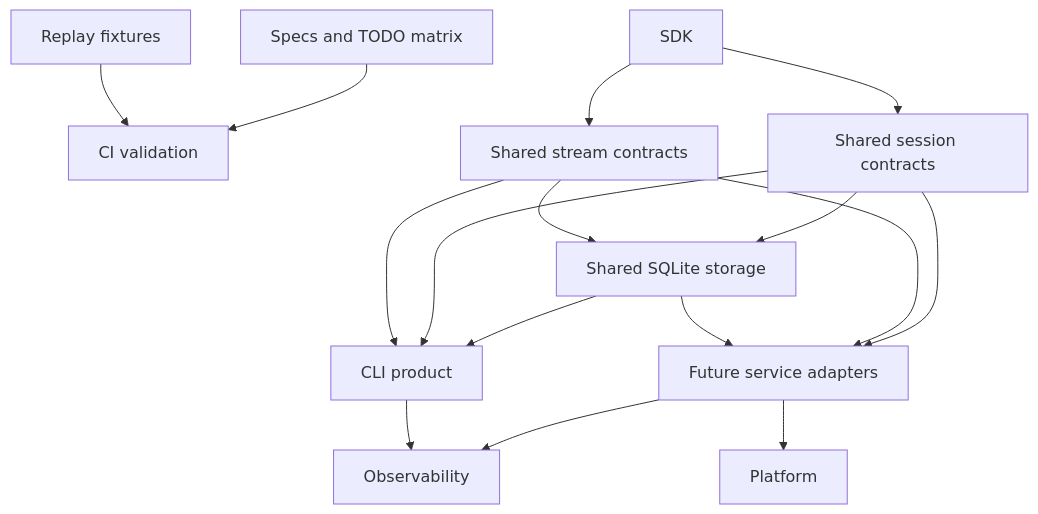
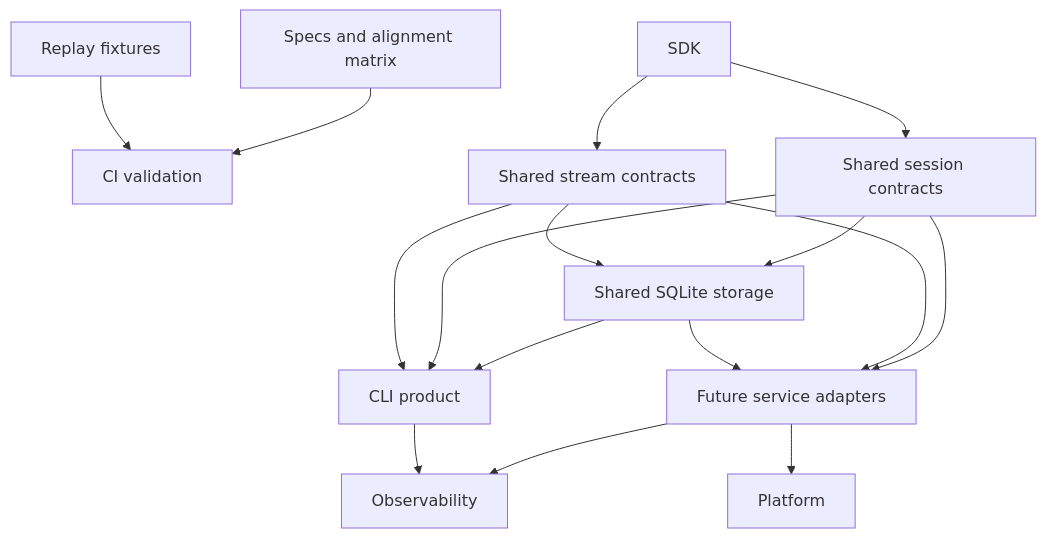
Before and after one commit to Wh1isper/starweaver: the diagram in spec/ops/README.md, drawn with Mermaid. The commit also changed other lines of this file and 292 other files, not shown here.

````diff
--- a/spec/ops/README.md
+++ b/spec/ops/README.md
@@ -20,30 +20,30 @@
 ```mermaid
 flowchart TD
     ci[CI validation]
     replay[Replay fixtures]
-    specs[Specs and TODO matrix]
+    specs[Specs and alignment matrix]
     sdk[SDK]
     session[Shared session contracts]
     stream[Shared stream contracts]
     storage[Shared SQLite storage]
     cli[CLI product]
     service[Future service adapters]
     observability[Observability]
     platform[Platform]
 
     specs --> ci
     replay --> ci
     sdk --> session
     sdk --> stream
     session --> storage
     stream --> storage
     storage --> cli
     session --> cli
     stream --> cli
     session --> service
     stream --> service
     storage --> service
     service --> observability
     cli --> observability
     service --> platform
 ```
````
